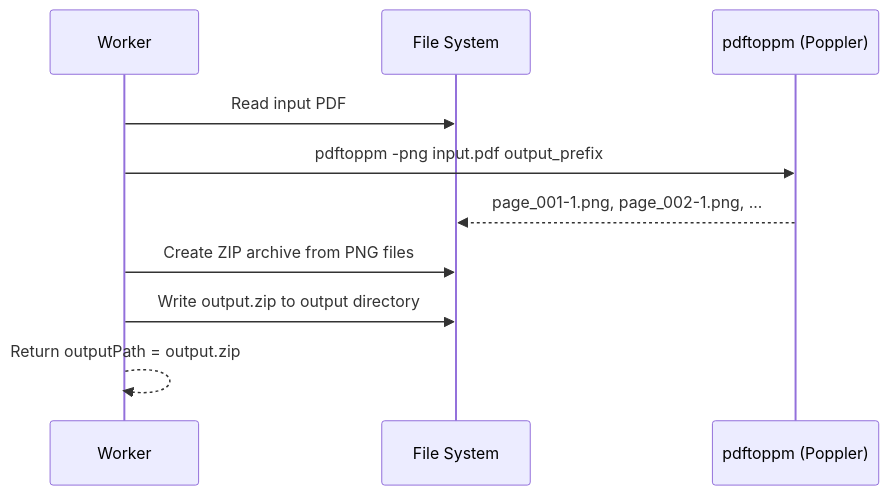
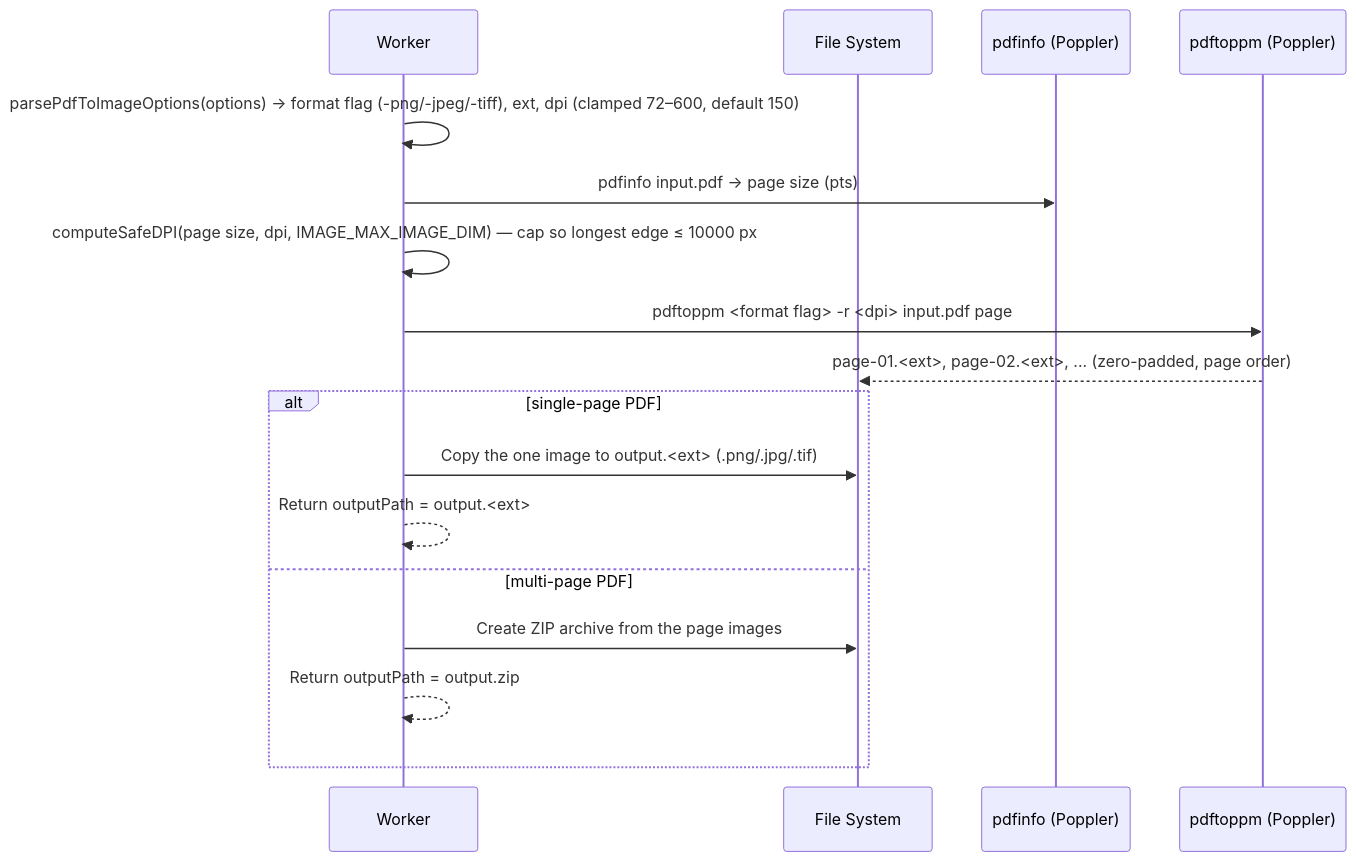
The second of 4 diagrams in docs/developer/services/convert-from-pdf.md (code-farms/fyredocs_backend), drawn with Mermaid before and after one commit. The commit also changed other lines of this file and 27 other files, not shown here.

````diff
--- a/docs/developer/services/convert-from-pdf.md
+++ b/docs/developer/services/convert-from-pdf.md
@@ -644,13 +657,20 @@
 ```mermaid
 sequenceDiagram
     participant W as Worker
     participant FS as File System
+    participant PI as pdfinfo (Poppler)
     participant PP as pdftoppm (Poppler)
 
-    W->>FS: Read input PDF
-    W->>PP: pdftoppm -png input.pdf output_prefix
-    PP-->>FS: page_001-1.png, page_002-1.png, ...
-    W->>FS: Create ZIP archive from PNG files
-    W->>FS: Write output.zip to output directory
-    W-->>W: Return outputPath = output.zip
+    W->>W: parsePdfToImageOptions(options) → format flag (-png/-jpeg/-tiff), ext, dpi (clamped 72–600, default 150)
+    W->>PI: pdfinfo input.pdf → page size (pts)
+    W->>W: computeSafeDPI(page size, dpi, IMAGE_MAX_IMAGE_DIM) — cap so longest edge ≤ 10000 px
+    W->>PP: pdftoppm <format flag> -r <dpi> input.pdf page
+    PP-->>FS: page-01.<ext>, page-02.<ext>, ... (zero-padded, page order)
+    alt single-page PDF
+        W->>FS: Copy the one image to output.<ext> (.png/.jpg/.tif)
+        W-->>W: Return outputPath = output.<ext>
+    else multi-page PDF
+        W->>FS: Create ZIP archive from the page images
+        W-->>W: Return outputPath = output.zip
+    end
 ```
````
